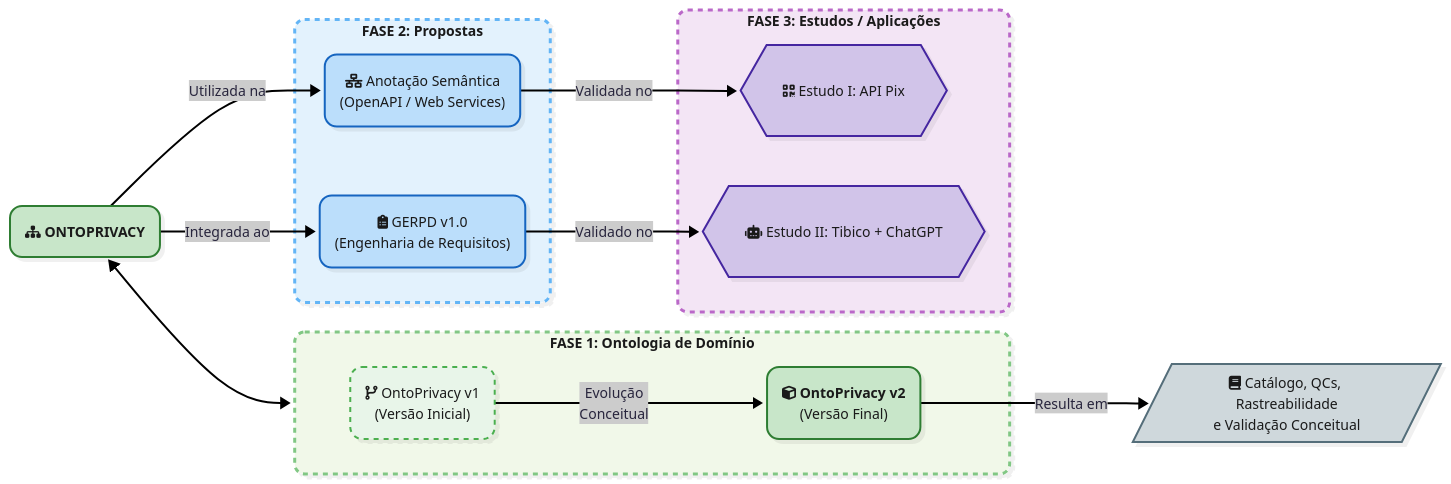
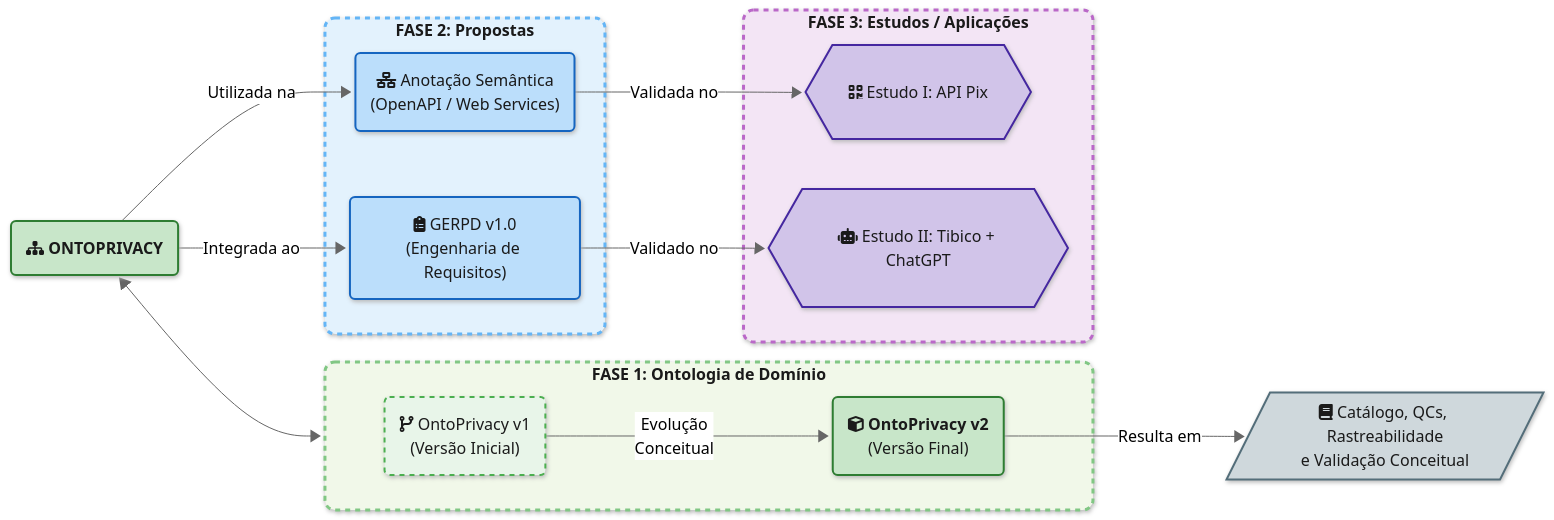
One commit to TNK443/Dissertacao changed the diagram in README.md. Above: the diagram before and after it, drawn with Mermaid.

````diff
--- a/README.md
+++ b/README.md
@@ -49,66 +49,66 @@
 ```mermaid
 ---
 config:
-    theme: redux-color
+    theme: neutral
     look: neo
 ---
 flowchart LR
     %% Definição de estilos (ClassDef)
     %% Ontologia: Tons de Verde
     classDef ontologia fill:#C8E6C9,stroke:#2E7D32,stroke-width:2px,color:#1A1A1A;
     classDef ontologiav1 fill:#E8F5E9,stroke:#4CAF50,stroke-width:2px,stroke-dasharray: 5 5,color:#1A1A1A;
     classDef ontologiav2 fill:#C8E6C9,stroke:#2E7D32,stroke-width:2px,color:#1A1A1A;
     
     %% Propostas: Tons de Azul (Tecnologia/Engenharia)
     classDef proposta fill:#BBDEFB,stroke:#1565C0,stroke-width:2px,color:#1A1A1A;
     
     %% Estudos de Caso: Tons de Roxo (Validação/Aplicação)
     classDef estudo fill:#D1C4E9,stroke:#4527A0,stroke-width:2px,color:#1A1A1A;
     
     %% Documentação: Cor solicitada #cfd8dc (Cinza/Azulado)
     classDef doc fill:#cfd8dc,stroke:#546E7A,stroke-width:2px,color:#1A1A1A;
 
     %% Nós de Ontologia
     OP0("fa:fa-sitemap <b>ONTOPRIVACY</b>"):::ontologia
 
     %% Agrupamento das Ontologias
     subgraph F1["<b>FASE 1: Ontologia de Domínio</b>"]
         OP1("fa:fa-code-branch OntoPrivacy v1\n(Versão Inicial)"):::ontologiav1
         OP2("fa:fa-cube <b>OntoPrivacy v2</b>\n(Versão Final)"):::ontologiav2
     end
     %% Documentação
     DOC[/"fa:fa-book Catálogo, QCs, Rastreabilidade\ne Validação Conceitual"/]:::doc
 
     %% Agrupamento das Propostas Desenvolvidas
     subgraph F2["<b>FASE 2: Propostas</b>"]
         AS("fa:fa-network-wired Anotação Semântica\n(OpenAPI / Web Services)"):::proposta
         G("fa:fa-clipboard-list GERPD v1.0\n(Engenharia de Requisitos)"):::proposta
     end
 
     %% Agrupamento dos Estudos de Caso
     subgraph F3["<b>FASE 3: Estudos / Aplicações</b>"]
         E1{{"fa:fa-qrcode Estudo I: API Pix"}}:::estudo
         E2{{"fa:fa-robot Estudo II: Tibico + ChatGPT"}}:::estudo
     end
 
     %% CONEXÕES COM RÓTULOS
     OP0 -->|Utilizada na| AS
     OP0 -->|Integrada ao| G
     
 
     AS -->|Validada no| E1
     G -->|Validado no| E2
     
     OP1 -->|Evolução\nConceitual| OP2
     OP2 -->|Resulta em| DOC
     OP0 <--> F1
 
     %% Estilização visual dos Agrupamentos (Subgraphs)
     %% rx:10,ry:10 arredondam os cantos da caixa principal
     %% F1 - Fundo verde super claro, borda arredondada verde média
     style F1 fill:#F1F8E9,stroke:#81C784,stroke-width:3px,color:#1A1A1A,stroke-dasharray: 5 5,rx:10,ry:10
     %% F2 - Fundo azul super claro, borda arredondada azul média
     style F2 fill:#E3F2FD,stroke:#64B5F6,stroke-width:3px,color:#1A1A1A,stroke-dasharray: 5 5,rx:10,ry:10
     %% F3 - Fundo roxo super claro, borda arredondada roxa média
     style F3 fill:#F3E5F5,stroke:#BA68C8,stroke-width:3px,color:#1A1A1A,stroke-dasharray: 5 5,rx:10,ry:10
 ```
````
